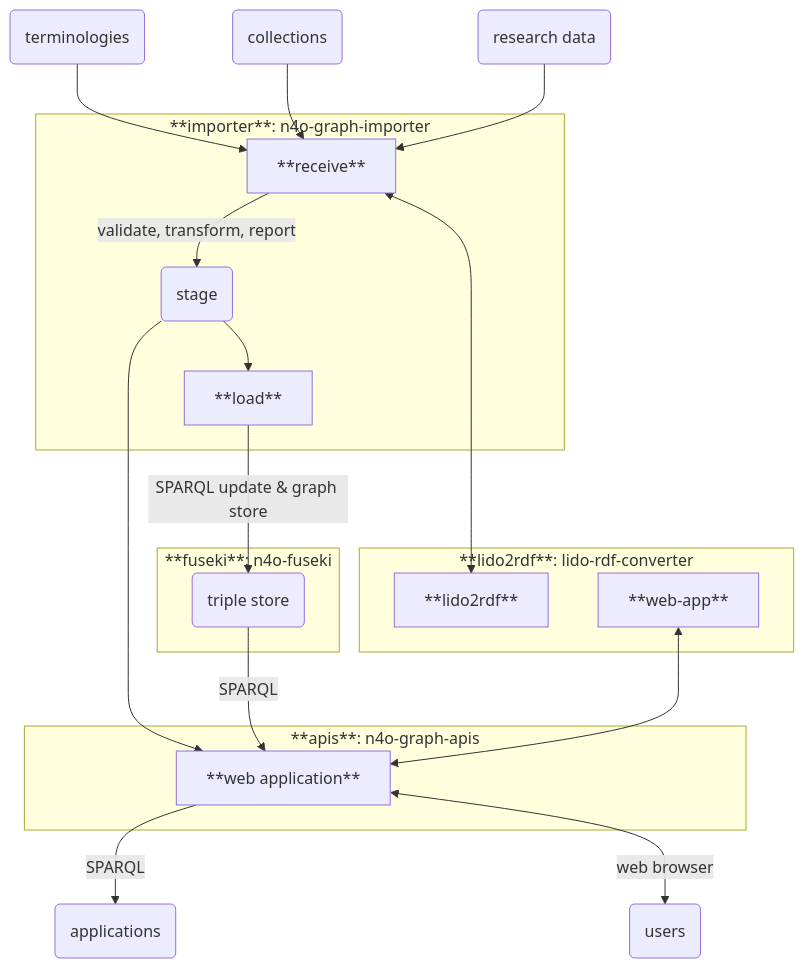
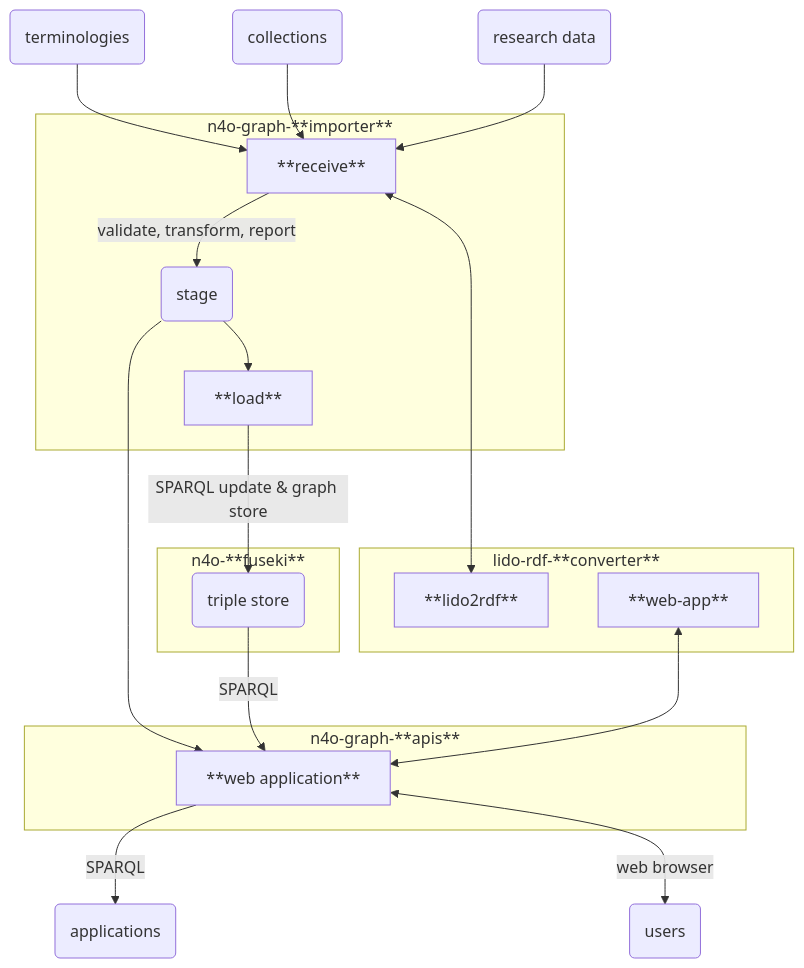
The diagram in README.md (nfdi4objects/n4o-graph), drawn with Mermaid before and after one commit. The commit also changed other lines of this file and 1 other file, not shown here.

Commit message:
Rename lido2rdf

````diff
--- a/README.md
+++ b/README.md
@@ -12,35 +14,35 @@
 ```mermaid
 graph TD
     terminologies(terminologies) --> receive
     collections(collections) --> receive
     data(research data) --> receive
     stage(stage)
 
-    subgraph "**importer**: n4o-graph-importer"
+    subgraph "n4o-graph-**importer**"
         receive[**receive**]
         receive -- validate, transform, report --> stage
         stage --> load
         load[**load**]
     end
-    subgraph "**fuseki**: n4o-fuseki"
+    subgraph "n4o-**fuseki**"
         kg(triple store)
     end
-    subgraph "**apis**: n4o-graph-apis"
+    subgraph "n4o-graph-**apis**"
         ui[**web application**]
     end
-    subgraph "**lido2rdf**: lido-rdf-converter"
+    subgraph "lido-rdf-**converter**"
         lido2rdf[**lido2rdf**]
         web-app[**web-app**]
     end
 
     stage --> ui
     kg -- SPARQL --> ui
     ui -- SPARQL --> apps(applications)
 
     receive <--> lido2rdf
     load -- SPARQL update & graph store --> kg
 
     web-app <--> ui
 
     ui <--web browser--> users(users)
 ```
````
